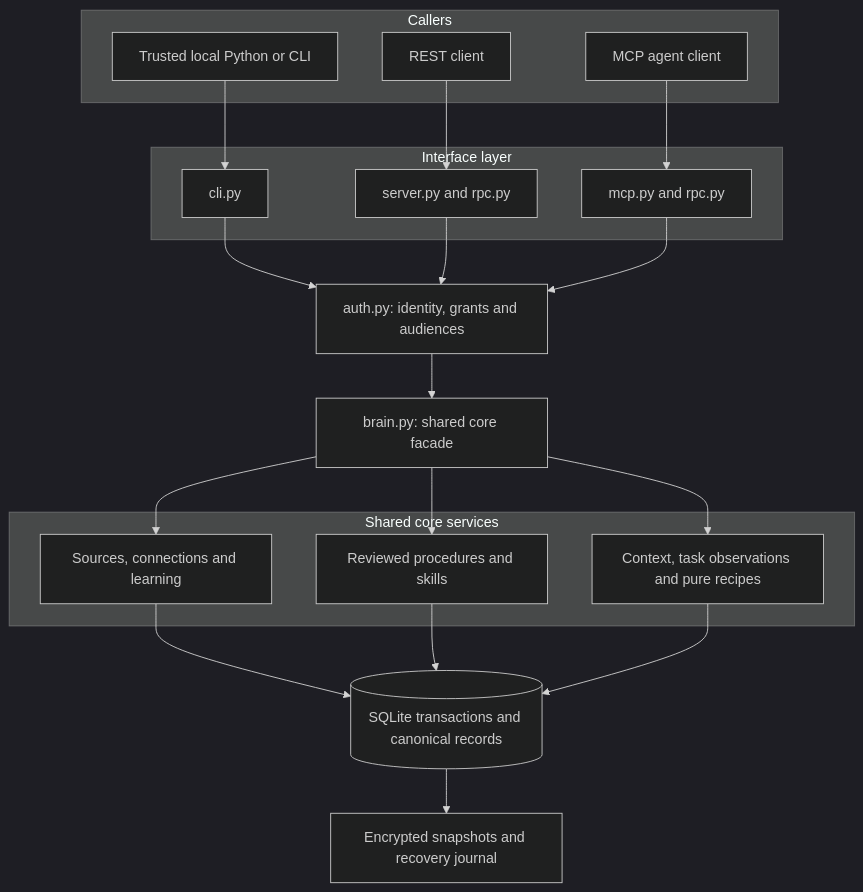
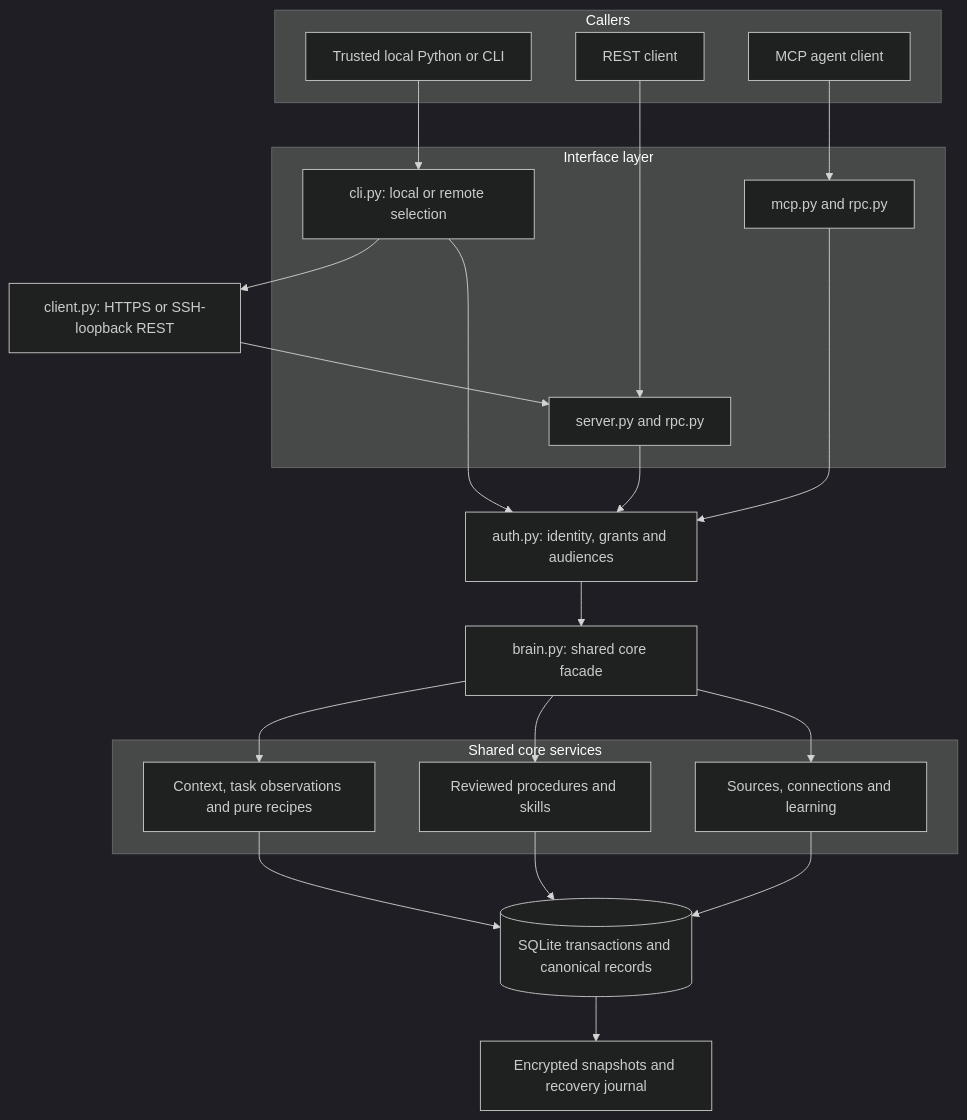
One commit to Atmet-AI/Atmet-brain changed the diagram in docs/diagrams/architecture-1.mmd. Above: the diagram before and after it, drawn with Mermaid (dark theme). The commit also changed 34 other files, not shown here.

```diff
--- a/docs/diagrams/architecture-1.mmd
+++ b/docs/diagrams/architecture-1.mmd
@@ -1,30 +1,32 @@
 flowchart TB
     subgraph Callers["Callers"]
         Local["Trusted local Python or CLI"]
         Remote["REST client"]
         Agent["MCP agent client"]
     end
     subgraph Adapters["Interface layer"]
-        CLI["cli.py"]
+        CLI["cli.py: local or remote selection"]
         REST["server.py and rpc.py"]
         MCP["mcp.py and rpc.py"]
     end
     Local --> CLI
     Remote --> REST
     Agent --> MCP
     CLI --> Identity["auth.py: identity, grants and audiences"]
+    CLI --> Client["client.py: HTTPS or SSH-loopback REST"]
+    Client --> REST
     REST --> Identity
     MCP --> Identity
     Identity --> Facade["brain.py: shared core facade"]
     subgraph Services["Shared core services"]
         Sources["Sources, connections and learning"]
         Artifacts["Reviewed procedures and skills"]
         Tasks["Context, task observations and pure recipes"]
     end
     Facade --> Sources
     Facade --> Artifacts
     Facade --> Tasks
     Sources --> Store[("SQLite transactions and canonical records")]
     Artifacts --> Store
     Tasks --> Store
     Store --> Recovery["Encrypted snapshots and recovery journal"]
```
